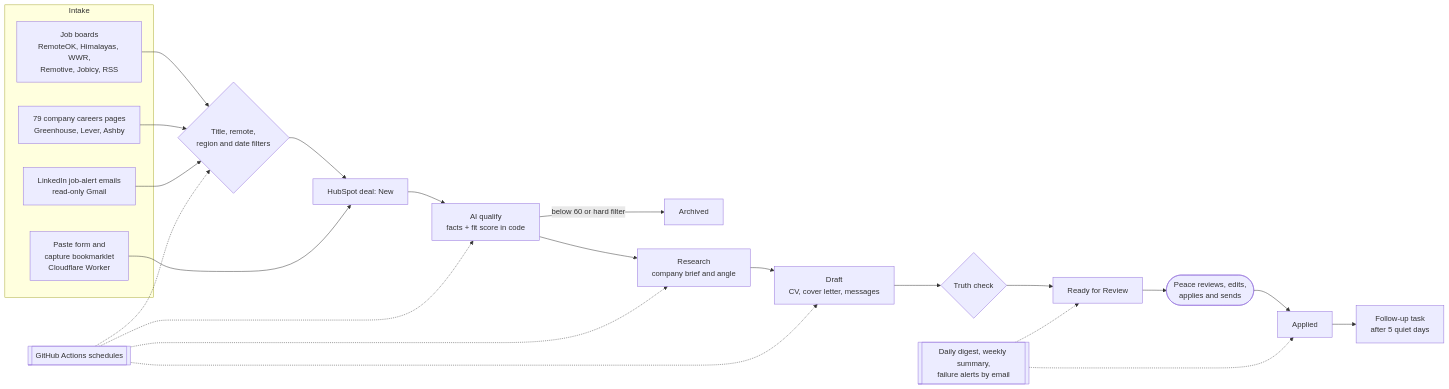
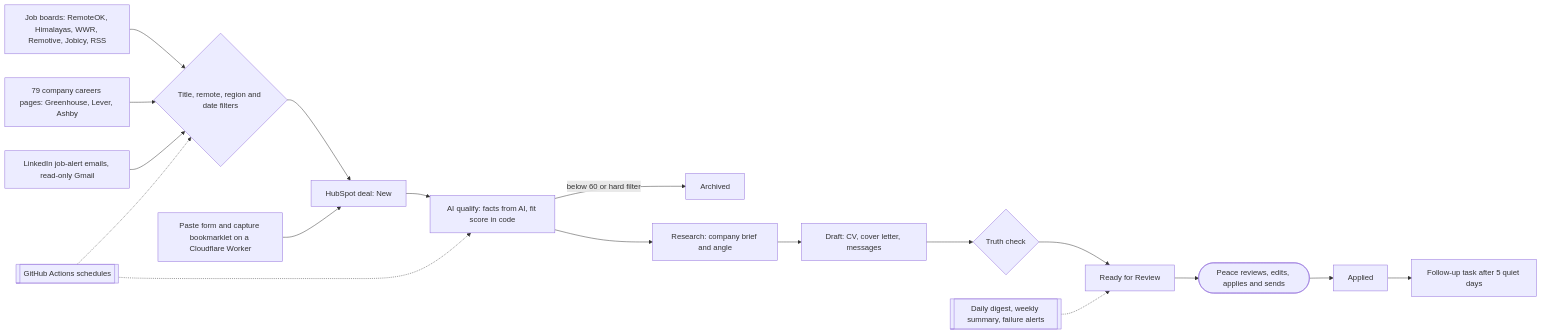
One commit to Uzzy-Nunu/gtm-job-engine changed the diagram in README.md. Above: the diagram before and after it, drawn with Mermaid.

Commit message:
README: simplify the architecture diagram so GitHub renders it

````diff
--- a/README.md
+++ b/README.md
@@ -19,22 +19,20 @@
 ```mermaid
 flowchart LR
-    subgraph Intake
-        A1[Job boards<br/>RemoteOK, Himalayas, WWR,<br/>Remotive, Jobicy, RSS]
-        A2[79 company careers pages<br/>Greenhouse, Lever, Ashby]
-        A3[LinkedIn job-alert emails<br/>read-only Gmail]
-        A4[Paste form and<br/>capture bookmarklet<br/>Cloudflare Worker]
-    end
-    A1 & A2 & A3 --> F{Title, remote,<br/>region and date filters}
-    F --> N[HubSpot deal: New]
-    A4 --> N
-    N --> Q[AI qualify<br/>facts + fit score in code]
-    Q -->|below 60 or hard filter| X[Archived]
-    Q --> R[Research<br/>company brief and angle]
-    R --> D[Draft<br/>CV, cover letter, messages]
-    D --> T{Truth check}
-    T --> RR[Ready for Review]
-    RR --> H([Peace reviews, edits,<br/>applies and sends])
-    H --> AP[Applied] --> FU[Follow-up task<br/>after 5 quiet days]
-    S[[GitHub Actions schedules]] -.-> F & Q & R & D
-    M[[Daily digest, weekly summary,<br/>failure alerts by email]] -.-> RR & AP
+    A1["Job boards: RemoteOK, Himalayas, WWR, Remotive, Jobicy, RSS"] --> F
+    A2["79 company careers pages: Greenhouse, Lever, Ashby"] --> F
+    A3["LinkedIn job-alert emails, read-only Gmail"] --> F
+    F{"Title, remote, region and date filters"} --> N
+    A4["Paste form and capture bookmarklet on a Cloudflare Worker"] --> N
+    N["HubSpot deal: New"] --> Q["AI qualify: facts from AI, fit score in code"]
+    Q -->|"below 60 or hard filter"| X["Archived"]
+    Q --> R["Research: company brief and angle"]
+    R --> D["Draft: CV, cover letter, messages"]
+    D --> T{"Truth check"}
+    T --> RR["Ready for Review"]
+    RR --> H(["Peace reviews, edits, applies and sends"])
+    H --> AP["Applied"]
+    AP --> FU["Follow-up task after 5 quiet days"]
+    S[["GitHub Actions schedules"]] -.-> F
+    S -.-> Q
+    M[["Daily digest, weekly summary, failure alerts"]] -.-> RR
 ```
````
